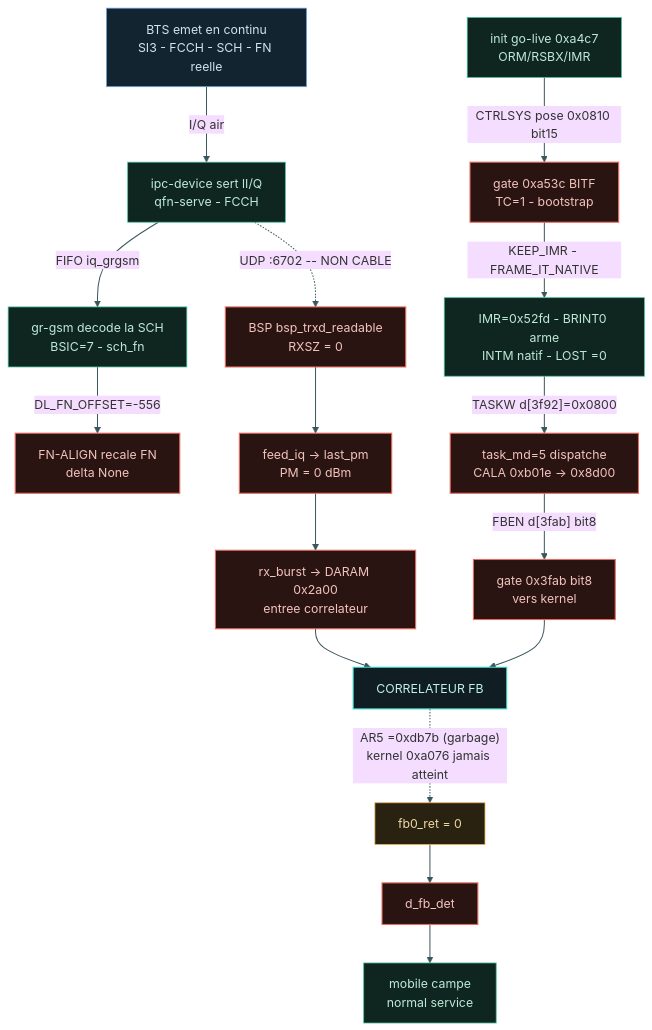
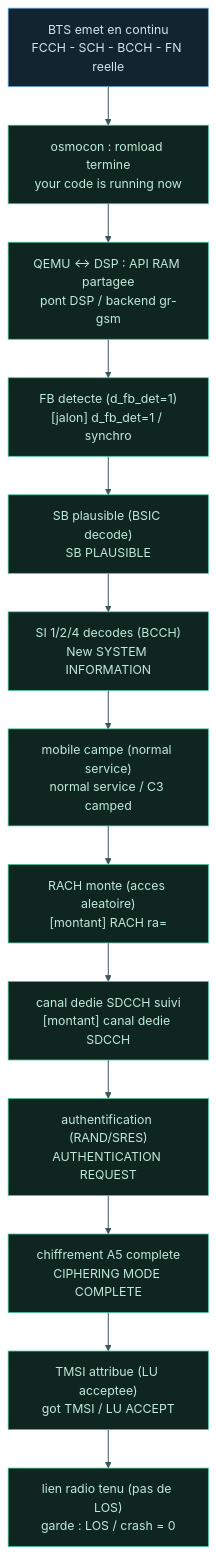
The diagram in pytest/couche1/grafcet.mmd (bbaranoff/tests), drawn with Mermaid (base theme) before and after one commit. The commit also changed 6 other files, not shown here.

```diff
--- a/pytest/couche1/grafcet.mmd
+++ b/pytest/couche1/grafcet.mmd
@@ -1,28 +1,21 @@
 flowchart TD
   classDef src  fill:#12242f,stroke:#6ea8d8,stroke-width:1px,color:#cfe3f2;
   classDef ok   fill:#0f2620,stroke:#46c39a,stroke-width:1px,color:#bfe9d7;
   classDef wip  fill:#2a2211,stroke:#e6a94e,stroke-width:1px,color:#f0d6a4;
   classDef bad  fill:#2a1412,stroke:#e86a5f,stroke-width:1.4px,color:#f2c3bd;
   classDef join fill:#101d22,stroke:#38d3c2,stroke-width:1.4px,color:#bff0ea;
 
-  E0["BTS emet en continu<br/>SI3 - FCCH - SCH - FN reelle"]:::src
-  E0 -->|I/Q air| P1["ipc-device sert lI/Q<br/>qfn-serve - FCCH"]:::ok
-  P1 -->|FIFO iq_grgsm| G1["gr-gsm decode la SCH<br/>BSIC=7 - sch_fn"]:::ok
-  G1 -->|"DL_FN_OFFSET=-556"| F1["FN-ALIGN recale FN<br/>delta None"]:::bad
-  P1 -. "UDP :6702 -- NON CABLE" .-> B1["BSP bsp_trxd_readable<br/>RXSZ = 0"]:::bad
-  B1 --> B2["feed_iq -> last_pm<br/>PM = 0 dBm"]:::bad
-  B2 --> B3["rx_burst -> DARAM 0x2a00<br/>entree correlateur"]:::bad
-
-  A0["init go-live 0xa4c7<br/>ORM/RSBX/IMR"]:::ok
-  A0 -->|"CTRLSYS pose 0x0810 bit15"| A1["gate 0xa53c BITF<br/>TC=1 - bootstrap"]:::bad
-  A1 -->|"KEEP_IMR - FRAME_IT_NATIVE"| A2["IMR=0x52fd - BRINT0 arme<br/>INTM natif - LOST =0"]:::ok
-  A2 -->|"TASKW d[3f92]=0x0800"| A3["task_md=5 dispatche<br/>CALA 0xb01e -> 0x8d00"]:::bad
-  A3 -->|"FBEN d[3fab] bit8"| A4["gate 0x3fab bit8<br/>vers kernel"]:::bad
-
-  B3 --> K["CORRELATEUR FB"]:::join
-  A4 --> K
-  K -. "AR5 =0xdb7b (garbage)<br/>kernel 0xa076 jamais atteint" .-> KB["fb0_ret = 0"]:::wip
-  KB --> D["d_fb_det"]:::bad
-  D --> Mn["mobile campe<br/>normal service"]:::ok
-
+  E0["BTS emet en continu<br/>FCCH - SCH - BCCH - FN reelle"]:::src
+  E0 --> ROM["osmocon : romload termine<br/>your code is running now"]:::ok
+  ROM --> API["QEMU <-> DSP : API RAM partagee<br/>pont DSP / backend gr-gsm"]:::ok
+  API --> FB["FB detecte (d_fb_det=1)<br/>[jalon] d_fb_det=1 / synchro"]:::ok
+  FB --> SB["SB plausible (BSIC decode)<br/>SB PLAUSIBLE"]:::ok
+  SB --> SI["SI 1/2/4 decodes (BCCH)<br/>New SYSTEM INFORMATION"]:::ok
+  SI --> CAMP["mobile campe (normal service)<br/>normal service / C3 camped"]:::ok
+  CAMP --> RACH["RACH monte (acces aleatoire)<br/>[montant] RACH ra="]:::ok
+  RACH --> SDCCH["canal dedie SDCCH suivi<br/>[montant] canal dedie SDCCH"]:::ok
+  SDCCH --> AUTH["authentification (RAND/SRES)<br/>AUTHENTICATION REQUEST"]:::ok
+  AUTH --> CIPH["chiffrement A5 complete<br/>CIPHERING MODE COMPLETE"]:::ok
+  CIPH --> TMSI["TMSI attribue (LU acceptee)<br/>got TMSI / LU ACCEPT"]:::ok
+  TMSI --> LINK["lien radio tenu (pas de LOS)<br/>garde : LOS / crash = 0"]:::ok
   linkStyle default stroke:#3a565d,stroke-width:1.3px;
```
